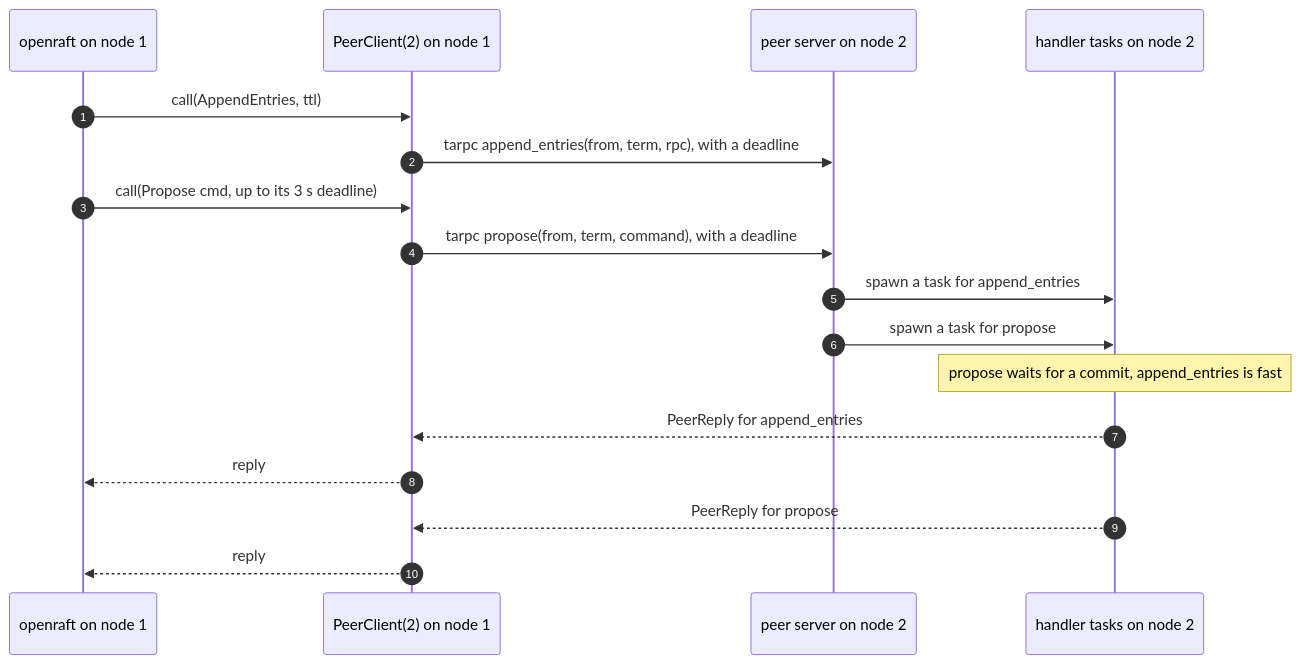
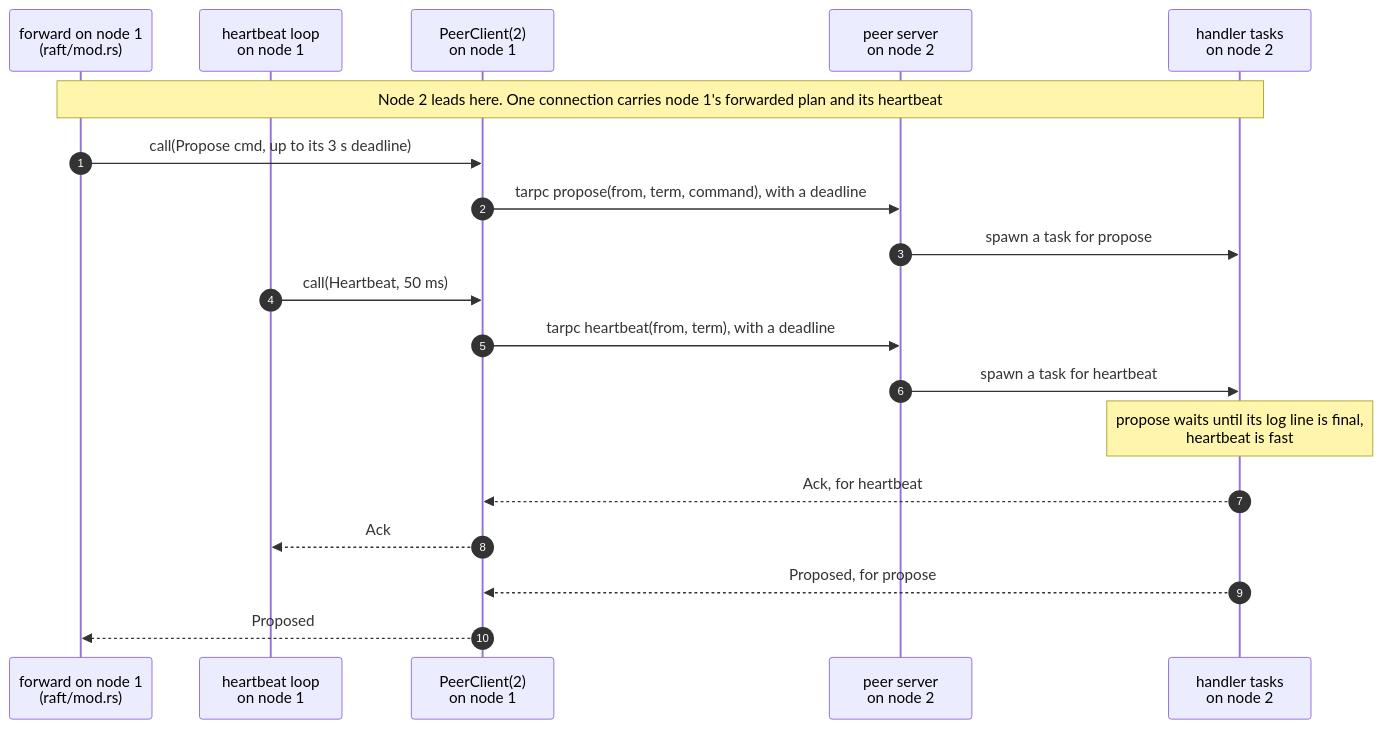
Before and after one commit to noortaytoy1/DistributedSystems: the ninth of 48 diagrams in docs/architecture.md, drawn with Mermaid. The commit also changed other lines of this file and 2 other files, not shown here.

First line of the commit message:
Apply the diagram review to the architecture docs (D231)

````diff
--- a/docs/architecture.md
+++ b/docs/architecture.md
@@ -561,19 +621,21 @@
 ```mermaid
 sequenceDiagram
     autonumber
-    participant R as openraft on node 1
-    participant PC as PeerClient(2) on node 1
-    participant S as peer server on node 2
-    participant H as handler tasks on node 2
-    R->>PC: call(AppendEntries, ttl)
-    PC->>S: tarpc append_entries(from, term, rpc), with a deadline
+    participant R as forward on node 1<br/>(raft/mod.rs)
+    participant B as heartbeat loop<br/>on node 1
+    participant PC as PeerClient(2)<br/>on node 1
+    participant S as peer server<br/>on node 2
+    participant H as handler tasks<br/>on node 2
+    Note over R,H: Node 2 leads here. One connection carries node 1's forwarded plan and its heartbeat
     R->>PC: call(Propose cmd, up to its 3 s deadline)
     PC->>S: tarpc propose(from, term, command), with a deadline
-    S->>H: spawn a task for append_entries
     S->>H: spawn a task for propose
-    Note over H: propose waits for a commit, append_entries is fast
-    H-->>PC: PeerReply for append_entries
-    PC-->>R: reply
-    H-->>PC: PeerReply for propose
-    PC-->>R: reply
+    B->>PC: call(Heartbeat, 50 ms)
+    PC->>S: tarpc heartbeat(from, term), with a deadline
+    S->>H: spawn a task for heartbeat
+    Note over H: propose waits until its log line is final,<br/>heartbeat is fast
+    H-->>PC: Ack, for heartbeat
+    PC-->>B: Ack
+    H-->>PC: Proposed, for propose
+    PC-->>R: Proposed
 ```
````
